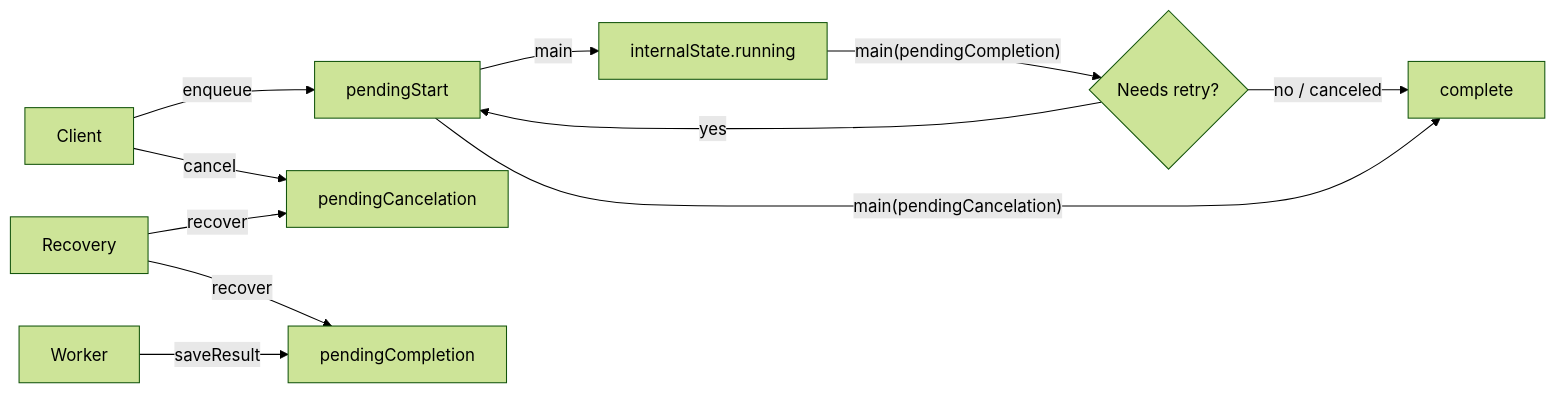
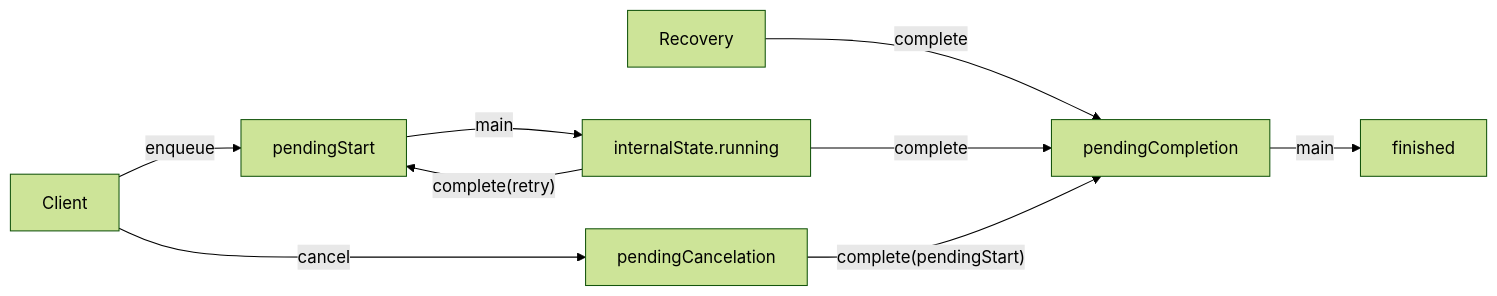
One commit to get-convex/workpool changed the first of 2 diagrams in src/component/README.md. Above: the diagram before and after it, drawn with Mermaid (forest theme). The commit also changed other lines of this file, not shown here.

````diff
--- a/src/component/README.md
+++ b/src/component/README.md
@@ -24,13 +24,11 @@
 ```mermaid
 flowchart LR
     Client -->|enqueue| pendingStart
     Client -->|cancel| pendingCancelation
-    Recovery-->|recover| pendingCancelation
-    Recovery-->|recover| pendingCompletion
-    Worker-->|"saveResult"| pendingCompletion
+    Recovery-->|complete| pendingCompletion
     pendingStart -->|main| workerRunning["internalState.running"]
-    workerRunning-->|"main(pendingCompletion)"| Retry{"Needs retry?"}
-    Retry-->|"no / canceled"| complete
-    Retry-->|yes| pendingStart
-    pendingStart-->|"main(pendingCancelation)"| complete
+    workerRunning-->|"complete(retry)"| pendingStart
+    workerRunning-->|complete| pendingCompletion
+    pendingCompletion-->|"main"| finished
+    pendingCancelation-->|"complete(pendingStart)"| pendingCompletion
 ```
````
